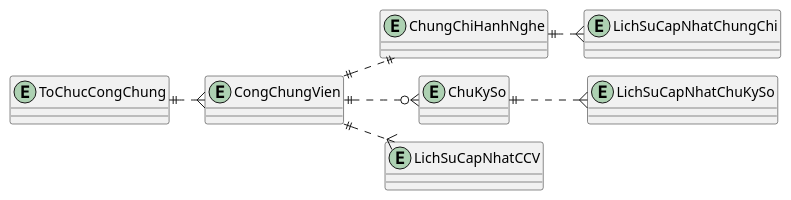
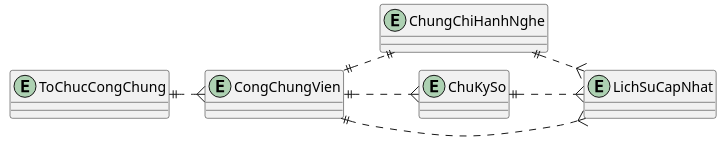
The diagram in Quản lý công chứng viên/2.erd.puml (phuongpm23/nds-docs-test), drawn with PlantUML before and after one commit. The commit also changed 26 other files, not shown here.

Commit message:
Update ERD

```diff
--- a/Quản lý công chứng viên/2.erd.puml
+++ b/Quản lý công chứng viên/2.erd.puml
@@ -1,19 +1,17 @@
 @startuml erd
 !pragma layout smetana
 left to right direction
 entity CongChungVien
 entity ChungChiHanhNghe
 entity ChuKySo
-entity LichSuCapNhatCCV
-entity LichSuCapNhatChuKySo
-entity LichSuCapNhatChungChi
+entity LichSuCapNhat
 entity ToChucCongChung
 
-CongChungVien ||..o{ ChuKySo
+CongChungVien ||..{ ChuKySo
 CongChungVien ||..|| ChungChiHanhNghe
 ToChucCongChung ||..{ CongChungVien
-ChuKySo ||..{ LichSuCapNhatChuKySo
-CongChungVien ||..{ LichSuCapNhatCCV
-ChungChiHanhNghe ||..{ LichSuCapNhatChungChi
+ChuKySo ||..{ LichSuCapNhat
+CongChungVien ||..{ LichSuCapNhat
+ChungChiHanhNghe ||..{ LichSuCapNhat
 
 @enduml
```
